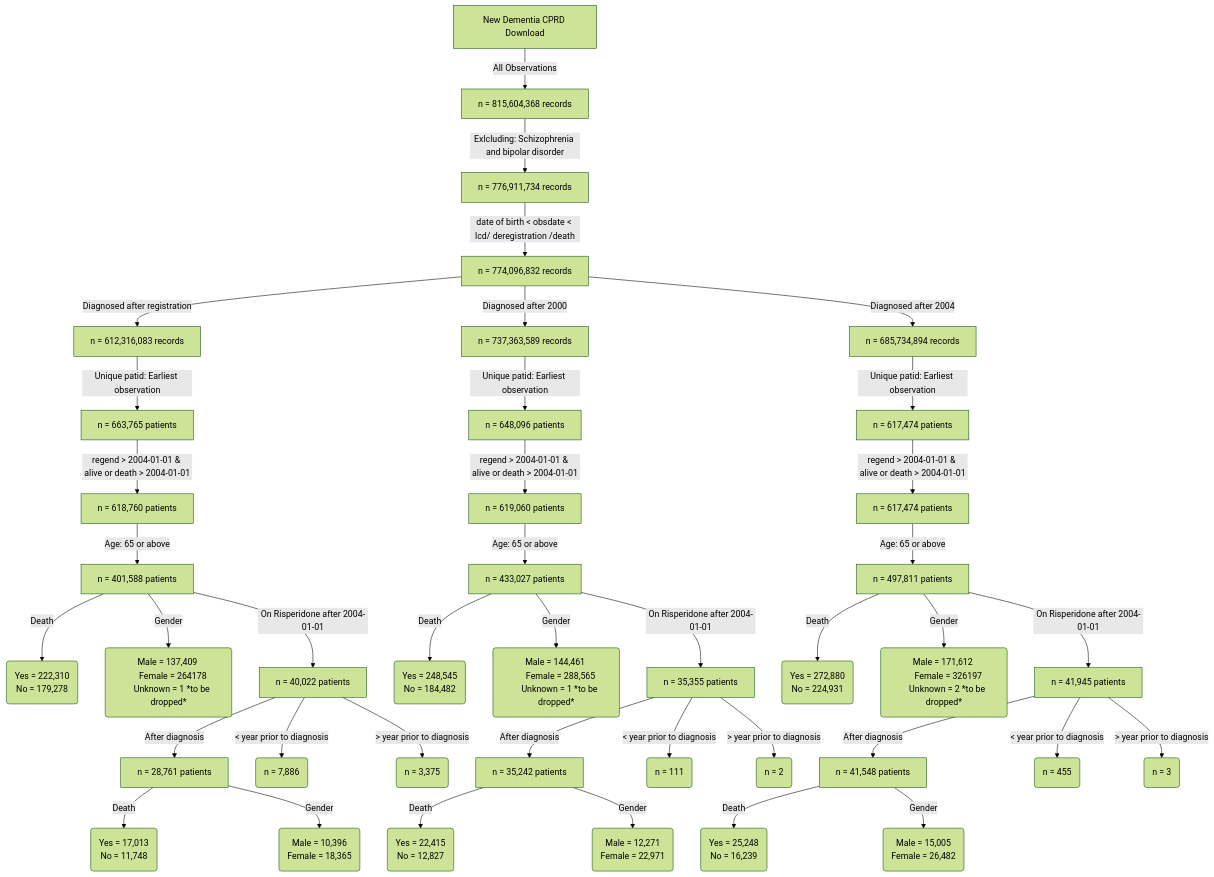
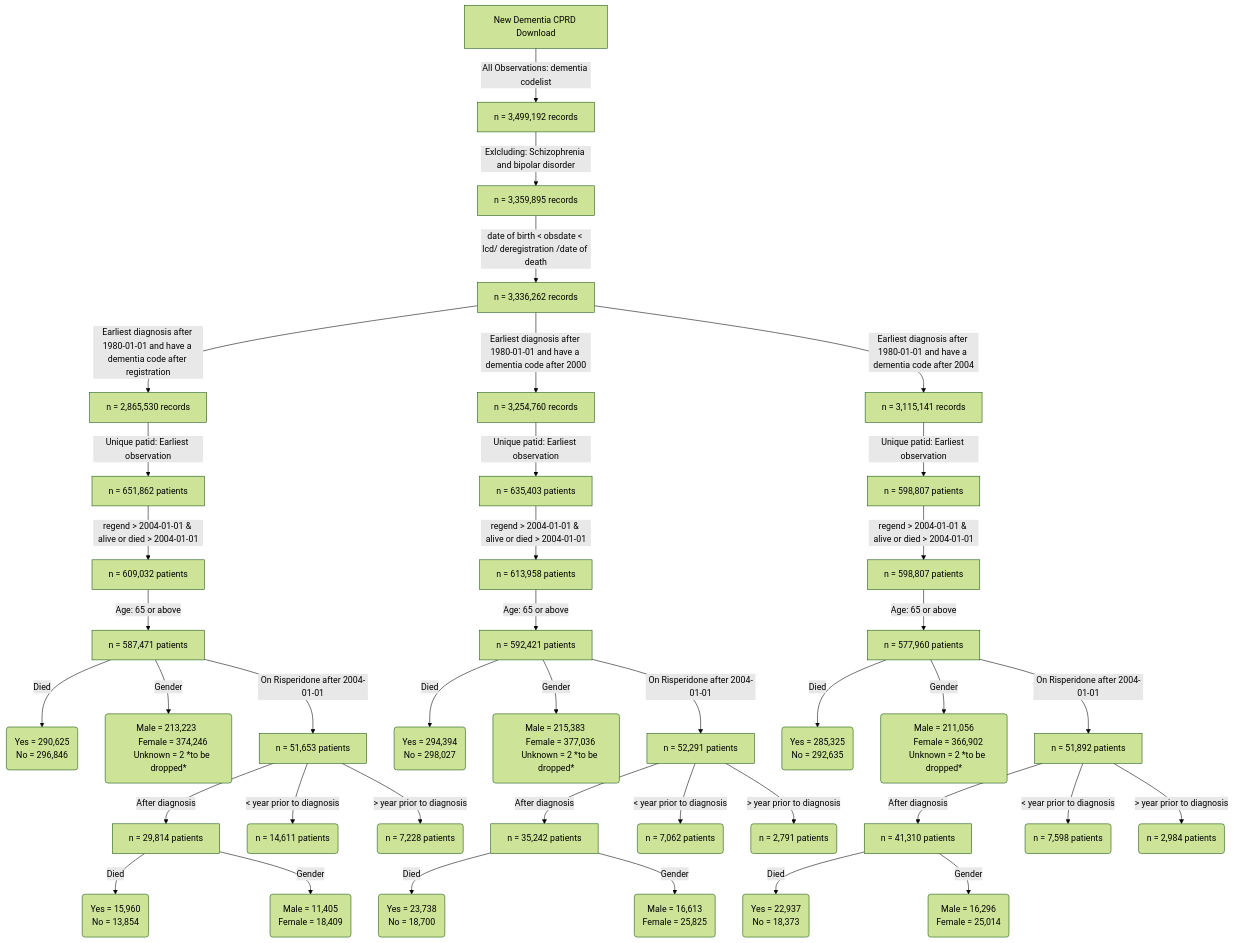
The diagram in README.md (Exeter-Diabetes/Dementia), drawn with Mermaid (forest theme) before and after one commit. The commit also changed other lines of this file, not shown here.

````diff
--- a/README.md
+++ b/README.md
@@ -44,81 +1,80 @@
 ```mermaid
 
 flowchart TD
-    A[New Dementia CPRD Download ] -->|All Observations| B(n = 815,604,368 records)
-    B[n = 815,604,368 records] -->|Exlcluding: Schizophrenia and bipolar disorder| BB(n = 776,911,734 records)
-    BB[n = 776,911,734 records ] -->| date of birth < obsdate < lcd/ deregistration /death  | C(n = 774,096,832 records)
-    C[n = 774,096,832 records ] -->| Diagnosed after registration   | DA(n = 612,316,083 records)
-    C[n = 774,096,832 records ] -->| Diagnosed after 2000  | DC(n = 737,363,589 records)
-    C[n = 774,096,832 records ] -->| Diagnosed after 2004   | DB(n = 685,734,894 records)
+    A[New Dementia CPRD Download ] -->|All Observations: dementia codelist| B(n = 3,499,192 records)
+    B[n = 3,499,192 records] -->|Exlcluding: Schizophrenia and bipolar disorder| BB(n = 3,359,895 records)
+    BB[n = 3,359,895 records ] -->| date of birth < obsdate < lcd/ deregistration /date of death  | C(n = 3,336,262 records)
+    C[n = 3,336,262 records ] -->| Earliest diagnosis after 1980-01-01 and have a dementia code after registration   | DA(n = 2,865,530 records)
+    C[n = 3,336,262 records ] -->| Earliest diagnosis after 1980-01-01 and have a dementia code after 2000  | DC(n = 3,254,760 records)
+    C[n = 3,336,262 records ] -->| Earliest diagnosis after 1980-01-01 and have a dementia code after 2004  | DB(n = 3,115,141 records)
 
-    DA[n = 612,316,083 records ] -->| Unique patid: Earliest observation   | E(n = 663,765 patients)
-    DC[n = 737,363,589 records ] -->| Unique patid: Earliest observation   | F(n = 648,096 patients)
-    DB[n = 685,734,894 records ] -->| Unique patid: Earliest observation   | G(n = 617,474 patients)
+    DA[n = 2,865,530 records ] -->| Unique patid: Earliest observation   | E(n = 651,862 patients)
+    DC[n = 3,254,760 records ] -->| Unique patid: Earliest observation   | F(n = 635,403 patients)
+    DB[n = 3,115,141 records ] -->| Unique patid: Earliest observation   | G(n = 598,807 patients)
 
-    E[n = 663,765 patients] -->| regend > 2004-01-01 & alive or death > 2004-01-01  | EE(n = 618,760 patients)
-    F[n = 648,096 patients] -->| regend > 2004-01-01 & alive or death > 2004-01-01  | FF(n = 619,060 patients)
-    G[n = 617,474 patients] -->| regend > 2004-01-01 & alive or death > 2004-01-01  | GG(n = 617,474 patients)
+    E[n = 651,862 patients] -->| regend > 2004-01-01 & alive or died > 2004-01-01  | EE(n = 609,032 patients)
+    F[n = 635,403 patients] -->| regend > 2004-01-01 & alive or died > 2004-01-01  | FF(n = 613,958 patients)
+    G[n = 598,807 patients] -->| regend > 2004-01-01 & alive or died > 2004-01-01  | GG(n = 598,807 patients)
 
-    EE[n = 618,760 patients] -->| Age: 65 or above  | EJ(n = 417,211 records)
-    FF[n = 619,060 patients] -->| Age: 65 or above  | FJ(n = 433,027 records)
-    GG[n = 617,474 patients] -->| Age: 65 or above  | GJ(n = 497,811 records)
+    EE[n = 609,032 patients] -->| Age: 65 or above  | EJ(n = 587,471 records)
+    FF[n = 613,958 patients] -->| Age: 65 or above  | FJ(n = 592,421 records)
+    GG[n = 598,807 patients] -->| Age: 65 or above  | GJ(n = 577,960 records)
 
 
-    EJ[n = 401,588 patients] -->| Death  | J(Yes = 222,310 
-    No = 179,278)
-    EJ[n = 401,588 patients] -->| Gender  | K(Male = 137,409 
-    Female = 264178
-    Unknown = 1 *to be dropped*)
-    EJ[n = 401,588 patients] -->| On Risperidone after 2004-01-01  | JJ(n = 40,022)
-    JJ[n = 40,022 patients] -->| After diagnosis | ZA(n = 28,761)
-    JJ[n = 40,022 patients] -->| < year prior to diagnosis | ZB(n = 7,886)
-    JJ[n = 40,022 patients] -->| > year prior to diagnosis | ZC(n = 3,375)
+    EJ[n = 587,471 patients] -->| Died  | J(Yes = 290,625 
+    No = 296,846)
+    EJ[n = 401,588 patients] -->| Gender  | K(Male = 213,223  
+    Female = 374,246
+    Unknown = 2 *to be dropped*)
+    EJ[n = 587,471 patients] -->| On Risperidone after 2004-01-01  | JJ(n = 51,653 patients)
+    JJ[n = 51,653 patients] -->| After diagnosis | ZA(n = 29,814 patients)
+    JJ[n = 51,653 patients] -->| < year prior to diagnosis | ZB(n = 14,611 patients)
+    JJ[n = 51,653 patients] -->| > year prior to diagnosis | ZC(n = 7,228 patients)
 
-    ZA[n = 28,761 patients] -->| Death  | XA(Yes = 17,013  
-    No = 11,748 )
-    ZA[n = 28,761 patients] -->| Gender  | XB(Male = 10,396 
-    Female = 18,365  
+    ZA[n = 29,814 patients] -->| Died  | XA(Yes = 15,960 
+    No = 13,854 )
+    ZA[n = 29,814 patients] -->| Gender  | XB(Male = 11,405 
+    Female = 18,409  
     )
 
     
 
 
-    FJ[n = 433,027 patients] -->| Death  | R(Yes = 248,545 
-    No = 184,482  )
-    FJ[n = 433,027 patients] -->| Gender  | Q(Male = 144,461 
-    Female = 288,565
-    Unknown = 1 *to be dropped* )
+    FJ[n = 592,421 patients] -->| Died  | R(Yes = 294,394 
+    No = 298,027  )
+    FJ[n = 592,421 patients] -->| Gender  | Q(Male = 215,383 
+    Female = 377,036
+    Unknown = 2 *to be dropped* )
 
 
-    FJ[n = 433,027 patients] -->| On Risperidone after 2004-01-01  | KK(n = 35,355)
-    KK[n = 35,355 patients] -->| After diagnosis | VA(n = 35,242)
-    KK[n = 35,355 patients] -->| < year prior to diagnosis | VB(n = 111)
-    KK[n = 35,355 patients] -->| > year prior to diagnosis | VC(n = 2)
+    FJ[n = 592,421 patients] -->| On Risperidone after 2004-01-01  | KK(n = 52,291 patients)
+    KK[n = 52,291 patients] -->| After diagnosis | VA(n = 42,438)
+    KK[n = 52,291 patients] -->| < year prior to diagnosis | VB(n = 7,062 patients)
+    KK[n = 52,291 patients] -->| > year prior to diagnosis | VC(n = 2,791 patients)
 
-    VA[n = 35,242 patients] -->| Death  | YA(Yes = 22,415  
-    No = 12,827 )
-    VA[n = 35,242 patients] -->| Gender  | YB(Male = 12,271  
-    Female = 22,971   
+    VA[n = 35,242 patients] -->| Died  | YA(Yes = 23,738 
+    No = 18,700 )
+    VA[n = 35,242 patients] -->| Gender  | YB(Male = 16,613   
+    Female = 25,825   
     )
 
 
-    GJ[n = 497,811 patients] -->| Death  | S(Yes = 272,880 
-    No = 224,931  )
-    GJ[n = 497,811 patients] -->| Gender  | T(Male = 171,612 
-    Female = 326197
+    GJ[n = 577,960 patients] -->| Died  | S(Yes = 285,325 
+    No = 292,635  )
+    GJ[n = 577,960 patients] -->| Gender  | T(Male = 211,056
+    Female = 366,902
     Unknown = 2 *to be dropped*)
 
 
 
-    GJ[n = 497,811 patients] -->| On Risperidone after 2004-01-01  | LL(n = 41,945)
-    LL[n = 41,945 patients] -->| After diagnosis | AA(n = 41,487)
-    LL[n = 41,945 patients] -->| < year prior to diagnosis | AB(n = 455)
-    LL[n = 41,945 patients] -->| > year prior to diagnosis | AC(n = 3)
+    GJ[n = 577,960 patients] -->| On Risperidone after 2004-01-01  | LL(n = 51,892 patients)
+    LL[n = 51,892 patients] -->| After diagnosis | AA(n = 41,310)
+    LL[n = 51,892 patients] -->| < year prior to diagnosis | AB(n = 7,598 patients)
+    LL[n = 51,892 patients] -->| > year prior to diagnosis | AC(n = 2,984 patients)
 
-    AA[n = 41,548 patients] -->| Death  | HA(Yes = 25,248    
-    No = 16,239  )
-    AA[n = 41,548 patients] -->| Gender  | HB(Male = 15,005  
-    Female = 26,482    
+    AA[n = 41,310 patients] -->| Died  | HA(Yes = 22,937    
+    No = 18,373  )
+    AA[n = 41,310 patients] -->| Gender  | HB(Male = 16,296   
+    Female = 25,014     
     )
-
 ```
````
